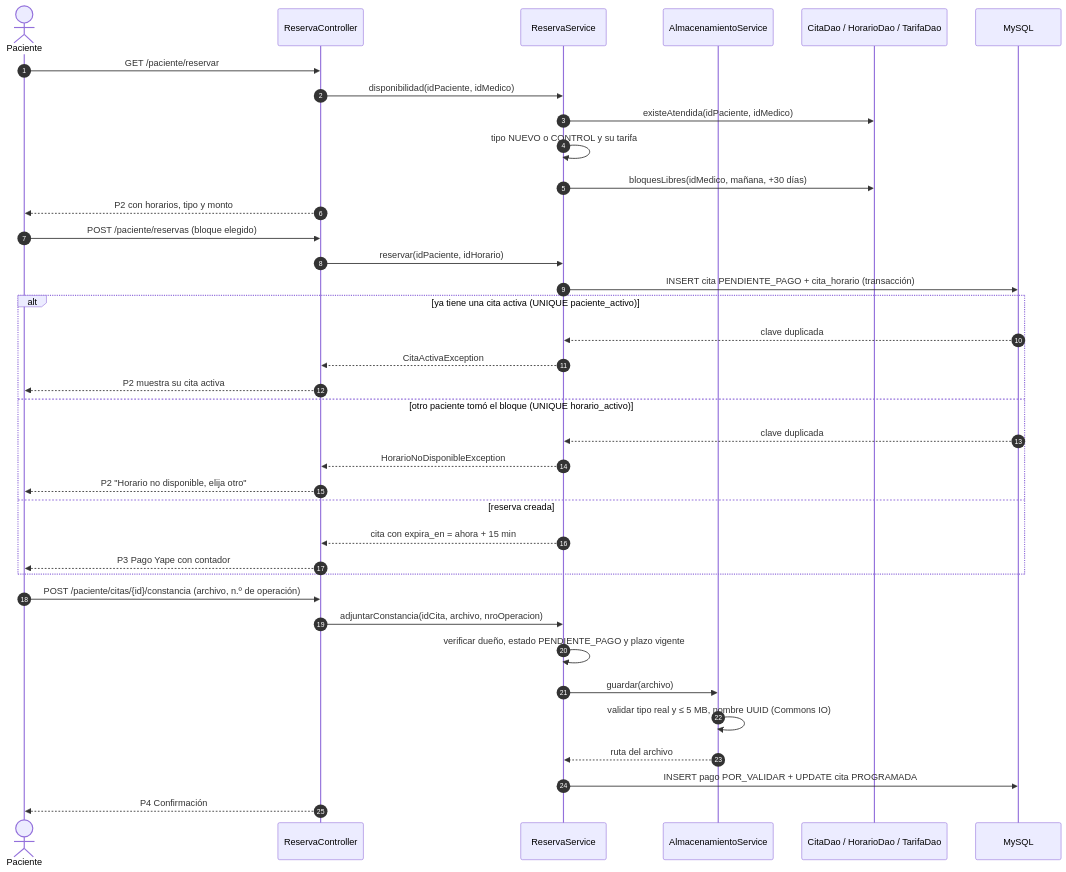
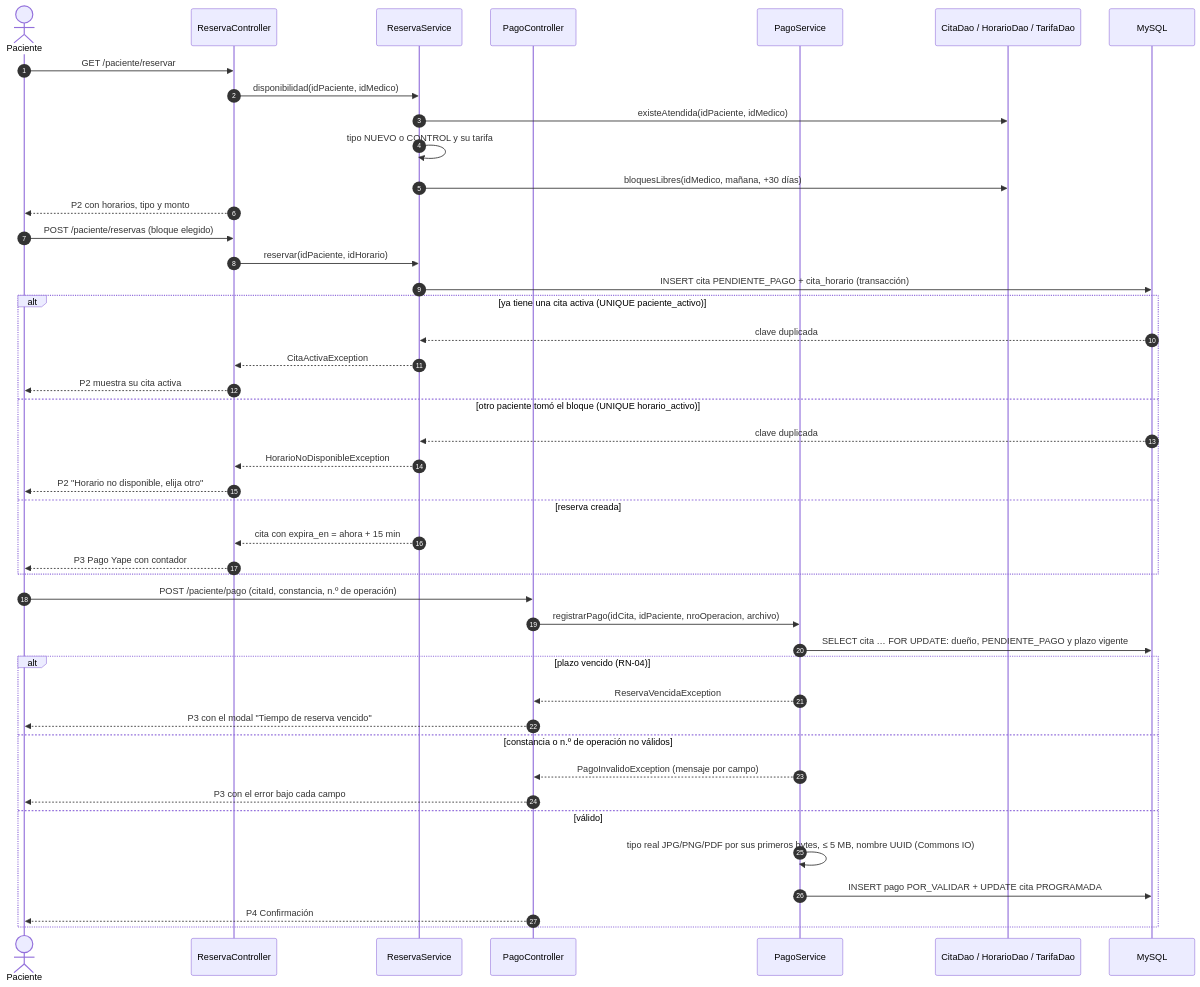
The fifth of 13 diagrams in README.md (manuelguarniz/medifast), drawn with Mermaid before and after one commit. The commit also changed other lines of this file and 37 other files, not shown here.

````diff
--- a/README.md
+++ b/README.md
@@ -521,42 +521,49 @@
 ```mermaid
 sequenceDiagram
     autonumber
     actor Pac as Paciente
     participant C as ReservaController
     participant S as ReservaService
-    participant A as AlmacenamientoService
+    participant PC as PagoController
+    participant P as PagoService
     participant D as CitaDao / HorarioDao / TarifaDao
     participant DB as MySQL
 
     Pac->>C: GET /paciente/reservar
     C->>S: disponibilidad(idPaciente, idMedico)
     S->>D: existeAtendida(idPaciente, idMedico)
     S->>S: tipo NUEVO o CONTROL y su tarifa
     S->>D: bloquesLibres(idMedico, mañana, +30 días)
     C-->>Pac: P2 con horarios, tipo y monto
 
     Pac->>C: POST /paciente/reservas (bloque elegido)
     C->>S: reservar(idPaciente, idHorario)
     S->>DB: INSERT cita PENDIENTE_PAGO + cita_horario (transacción)
     alt ya tiene una cita activa (UNIQUE paciente_activo)
         DB-->>S: clave duplicada
         S-->>C: CitaActivaException
         C-->>Pac: P2 muestra su cita activa
     else otro paciente tomó el bloque (UNIQUE horario_activo)
         DB-->>S: clave duplicada
         S-->>C: HorarioNoDisponibleException
         C-->>Pac: P2 "Horario no disponible, elija otro"
     else reserva creada
         S-->>C: cita con expira_en = ahora + 15 min
         C-->>Pac: P3 Pago Yape con contador
     end
 
-    Pac->>C: POST /paciente/citas/{id}/constancia (archivo, n.º de operación)
-    C->>S: adjuntarConstancia(idCita, archivo, nroOperacion)
-    S->>S: verificar dueño, estado PENDIENTE_PAGO y plazo vigente
-    S->>A: guardar(archivo)
-    A->>A: validar tipo real y ≤ 5 MB, nombre UUID (Commons IO)
-    A-->>S: ruta del archivo
-    S->>DB: INSERT pago POR_VALIDAR + UPDATE cita PROGRAMADA
-    C-->>Pac: P4 Confirmación
+    Pac->>PC: POST /paciente/pago (citaId, constancia, n.º de operación)
+    PC->>P: registrarPago(idCita, idPaciente, nroOperacion, archivo)
+    P->>DB: SELECT cita … FOR UPDATE: dueño, PENDIENTE_PAGO y plazo vigente
+    alt plazo vencido (RN-04)
+        P-->>PC: ReservaVencidaException
+        PC-->>Pac: P3 con el modal "Tiempo de reserva vencido"
+    else constancia o n.º de operación no válidos
+        P-->>PC: PagoInvalidoException (mensaje por campo)
+        PC-->>Pac: P3 con el error bajo cada campo
+    else válido
+        P->>P: tipo real JPG/PNG/PDF por sus primeros bytes, ≤ 5 MB, nombre UUID (Commons IO)
+        P->>DB: INSERT pago POR_VALIDAR + UPDATE cita PROGRAMADA
+        PC-->>Pac: P4 Confirmación
+    end
 ```
````
